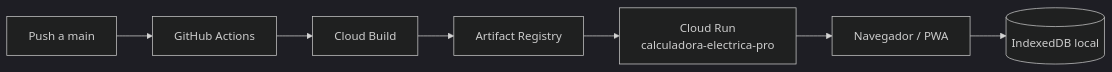
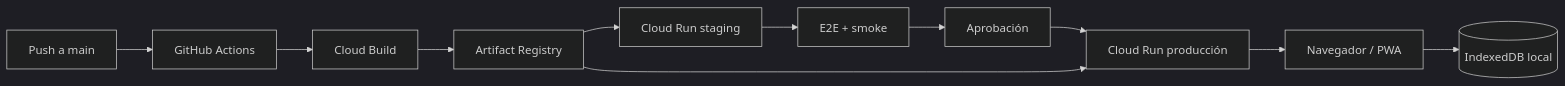
Before and after one commit to chrisloarryn/calculadora-electrica-pro: the diagram in docs/GCP_CLOUD_RUN.md, drawn with Mermaid (dark theme). The commit also changed other lines of this file and 3 other files, not shown here.

````diff
--- a/docs/GCP_CLOUD_RUN.md
+++ b/docs/GCP_CLOUD_RUN.md
@@ -11,9 +11,13 @@
 ```mermaid
 flowchart LR
     DEV[Push a main] --> GHA[GitHub Actions]
     GHA --> CB[Cloud Build]
     CB --> AR[Artifact Registry]
-    AR --> CR[Cloud Run<br/>calculadora-electrica-pro]
-    CR --> PWA[Navegador / PWA]
+    AR --> STG[Cloud Run staging]
+    STG --> TEST[E2E + smoke]
+    TEST --> APPROVAL[Aprobación]
+    APPROVAL --> PROD[Cloud Run producción]
+    AR --> PROD
+    PROD --> PWA[Navegador / PWA]
     PWA --> IDB[(IndexedDB local)]
 ```
````
